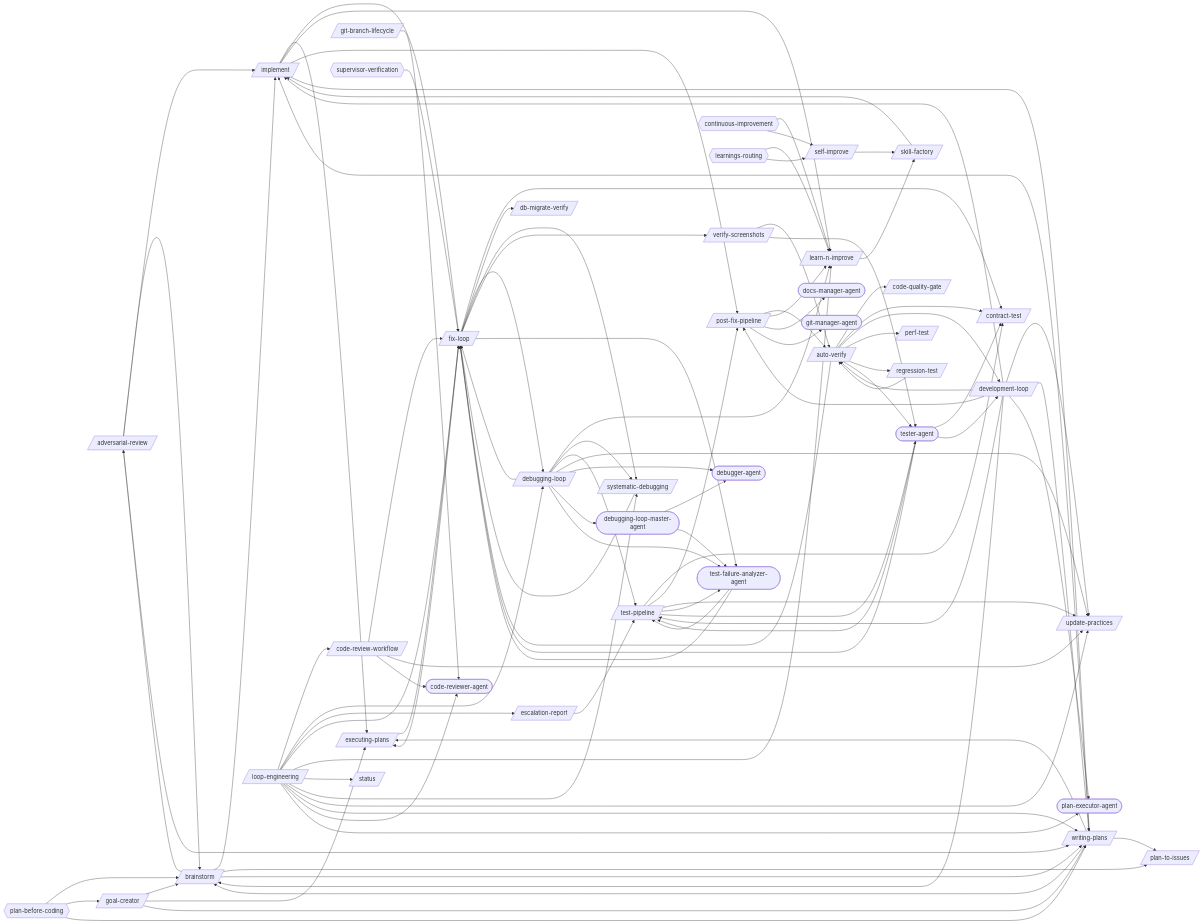
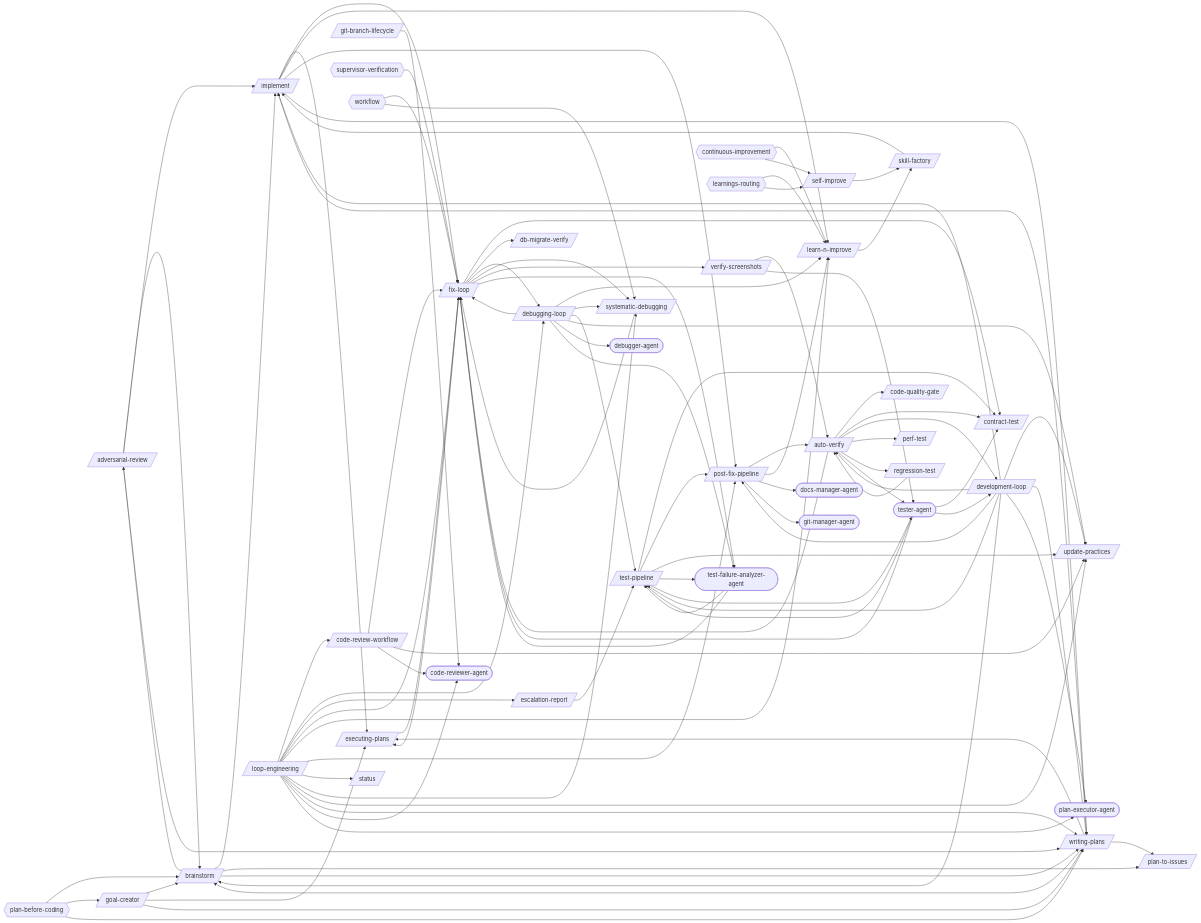
Before and after one commit to abhayla/claude-best-practices: the first of 30 diagrams in docs/workflows/loop-engineering.md, drawn with Mermaid. The commit also changed other lines of this file and 29 other files, not shown here.

````diff
--- a/docs/workflows/loop-engineering.md
+++ b/docs/workflows/loop-engineering.md
@@ -39,7 +39,6 @@
     writing_plans[/writing-plans/]
     code_reviewer_agent([code-reviewer-agent])
     debugger_agent([debugger-agent])
-    debugging_loop_master_agent([debugging-loop-master-agent])
     docs_manager_agent([docs-manager-agent])
     git_manager_agent([git-manager-agent])
     plan_executor_agent([plan-executor-agent])
@@ -49,6 +48,7 @@
     learnings_routing{{learnings-routing}}
     plan_before_coding{{plan-before-coding}}
     supervisor_verification{{supervisor-verification}}
+    workflow{{workflow}}
     adversarial_review --> brainstorm
     adversarial_review --> implement
     adversarial_review --> writing_plans
@@ -72,7 +72,6 @@
     debugging_loop --> test_pipeline
     debugging_loop --> update_practices
     debugging_loop --> debugger_agent
-    debugging_loop --> debugging_loop_master_agent
     debugging_loop --> test_failure_analyzer_agent
     development_loop --> auto_verify
     development_loop --> brainstorm
@@ -106,6 +105,7 @@
     loop_engineering --> escalation_report
     loop_engineering --> fix_loop
     loop_engineering --> learn_n_improve
+    loop_engineering --> post_fix_pipeline
     loop_engineering --> status
     loop_engineering --> systematic_debugging
     loop_engineering --> update_practices
@@ -131,8 +131,6 @@
     writing_plans --> implement
     writing_plans --> plan_to_issues
     self_improve --> skill_factory
-    debugging_loop_master_agent --> debugger_agent
-    debugging_loop_master_agent --> test_failure_analyzer_agent
     test_failure_analyzer_agent --> fix_loop
     test_failure_analyzer_agent --> test_pipeline
     tester_agent --> contract_test
@@ -147,4 +145,6 @@
     plan_before_coding --> goal_creator
     plan_before_coding --> writing_plans
     supervisor_verification --> fix_loop
+    workflow --> fix_loop
+    workflow --> systematic_debugging
 ```
````
